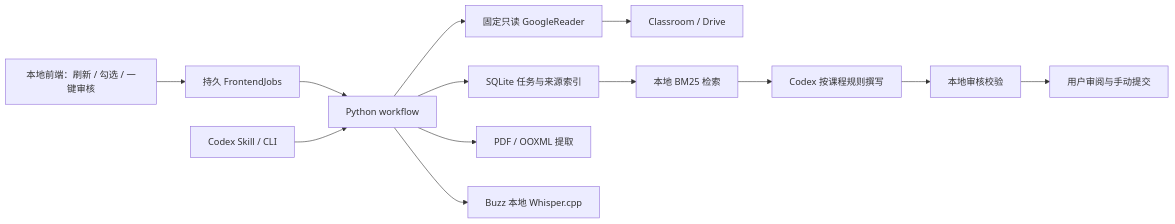
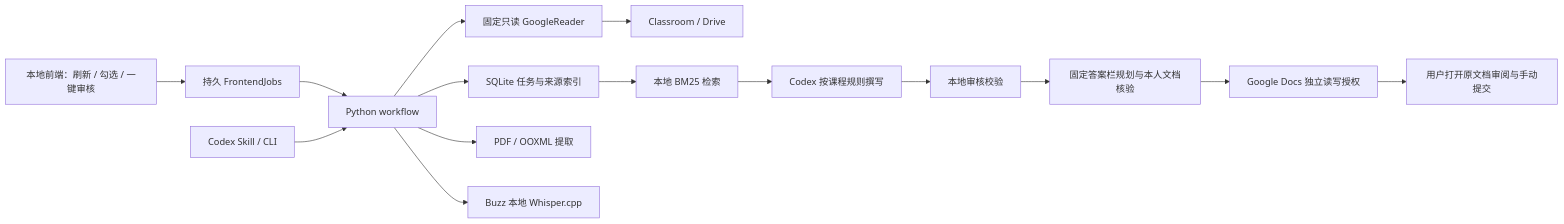
The diagram in docs/architecture.md (shu2223/classroomautowork), drawn with Mermaid before and after one commit. The commit also changed other lines of this file and 13 other files, not shown here.

````diff
--- a/docs/architecture.md
+++ b/docs/architecture.md
@@ -3,15 +3,17 @@
 ```mermaid
 flowchart LR
   UI[本地前端：刷新 / 勾选 / 一键审核] --> J[持久 FrontendJobs]
   J --> W[Python workflow]
   S[Codex Skill / CLI] --> W
   W --> G[固定只读 GoogleReader]
   G --> C[Classroom / Drive]
   W --> T[SQLite 任务与来源索引]
   W --> E[PDF / OOXML 提取]
   W --> B[Buzz 本地 Whisper.cpp]
   T --> R[本地 BM25 检索]
   R --> D[Codex 按课程规则撰写]
   D --> V[本地审核校验]
-  V --> H[用户审阅与手动提交]
+  V --> F[固定答案栏规划与本人文档核验]
+  F --> GD[Google Docs 独立读写授权]
+  GD --> H[用户打开原文档审阅与手动提交]
 ```
````
